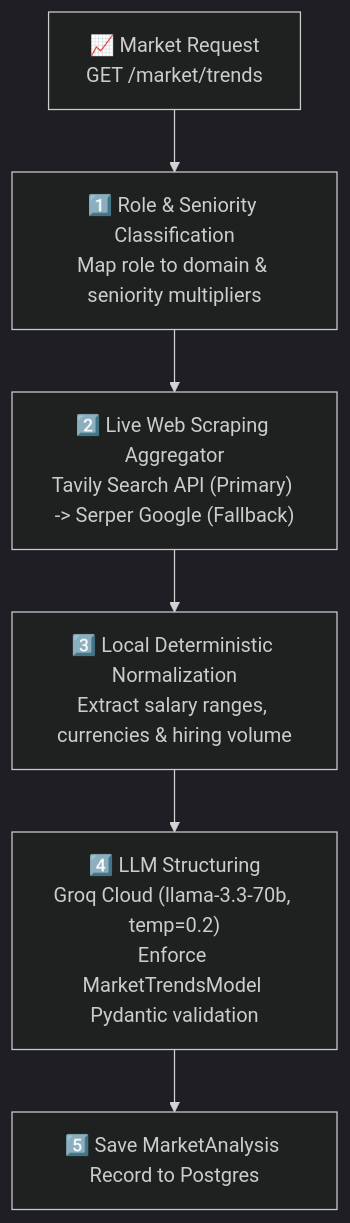
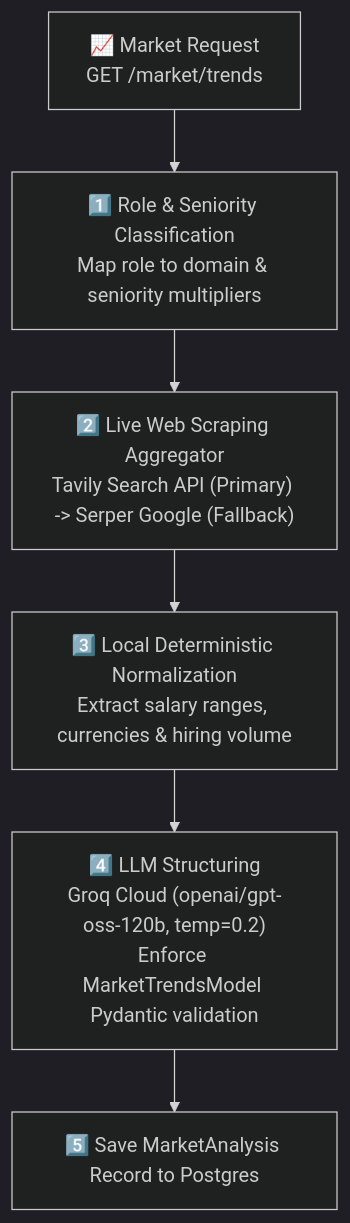
Before and after one commit to Anil-Pradhan-web/ai-career-mentor: diagram 21 of 33 in documentation/ARCHITECTURE.md, drawn with Mermaid (dark theme). The commit also changed other lines of this file and 5 other files, not shown here.

````diff
--- a/documentation/ARCHITECTURE.md
+++ b/documentation/ARCHITECTURE.md
@@ -1046,12 +1042,12 @@
 ```mermaid
 flowchart TD
     REQ["📈 Market Request<br/>GET /market/trends"] --> CLASSIFY["1️⃣ Role & Seniority Classification<br/>Map role to domain & seniority multipliers"]
     
     CLASSIFY --> SEARCH["2️⃣ Live Web Scraping Aggregator<br/>Tavily Search API (Primary) -> Serper Google (Fallback)"]
     
     SEARCH --> EXTRACT["3️⃣ Local Deterministic Normalization<br/>Extract salary ranges, currencies & hiring volume"]
     
-    EXTRACT --> LLM["4️⃣ LLM Structuring<br/>Groq Cloud (llama-3.3-70b, temp=0.2)<br/>Enforce MarketTrendsModel Pydantic validation"]
+    EXTRACT --> LLM["4️⃣ LLM Structuring<br/>Groq Cloud (openai/gpt-oss-120b, temp=0.2)<br/>Enforce MarketTrendsModel Pydantic validation"]
     
     LLM --> DB_SAVE["5️⃣ Save MarketAnalysis Record to Postgres"]
 ```
````
